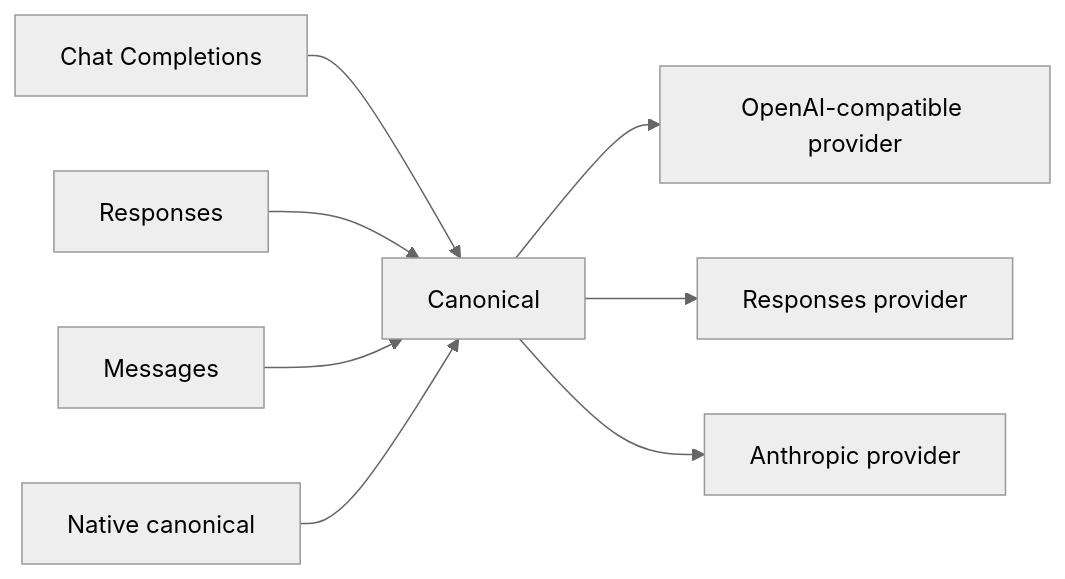
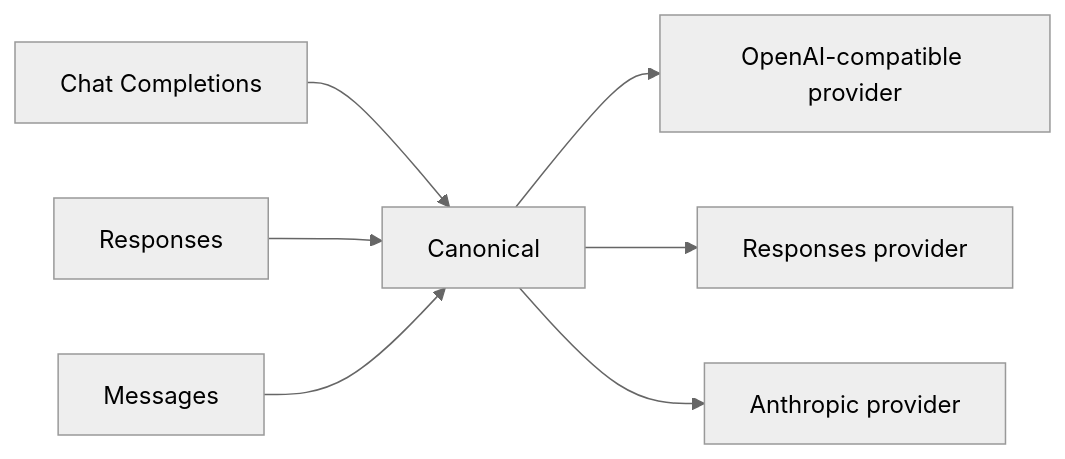
One commit to michel-tricot/airmux changed the diagram in docs/concepts/canonical-model.mdx. Above: the diagram before and after it, drawn with Mermaid (neutral theme). The commit also changed other lines of this file and 83 other files, not shown here.

````diff
--- a/docs/concepts/canonical-model.mdx
+++ b/docs/concepts/canonical-model.mdx
@@ -9,10 +9,9 @@
 ```mermaid
 flowchart LR
   O[Chat Completions] --> C[Canonical]
   R[Responses] --> C
   A[Messages] --> C
-  N[Native canonical] --> C
   C --> E1[OpenAI-compatible provider]
   C --> E2[Responses provider]
   C --> E3[Anthropic provider]
 ```
````
